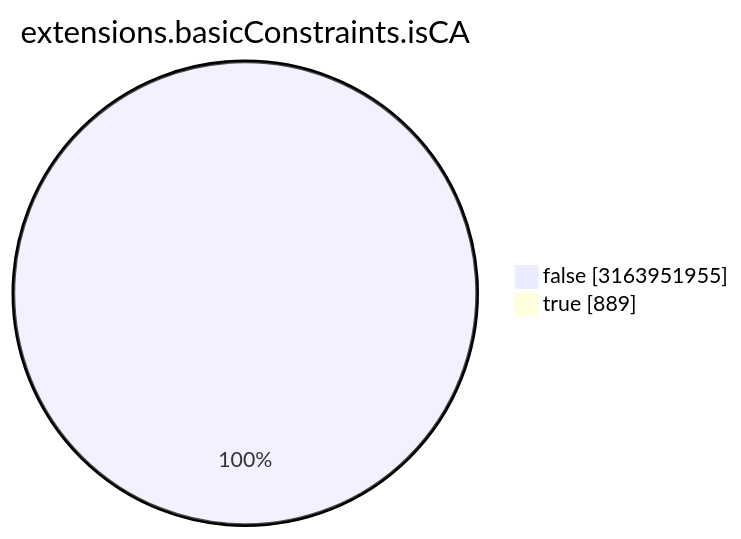
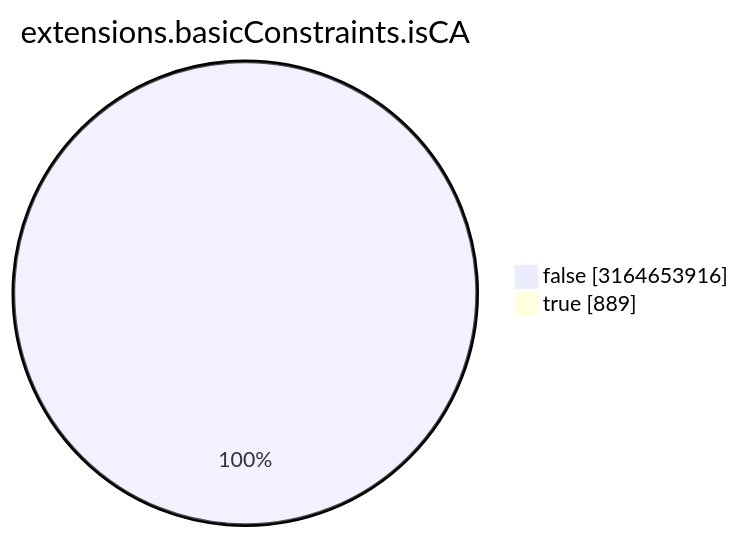
Before and after one commit to christiankrug/ctmonitor_visualization: the seventh of 15 diagrams in TOTAL/README.md, drawn with Mermaid. The commit also changed other lines of this file, not shown here.

````diff
--- a/TOTAL/README.md
+++ b/TOTAL/README.md
@@ -3088,6 +3088,6 @@
 ```mermaid
 pie showData
 title extensions.basicConstraints.isCA
-"false" :3163951955
+"false" :3164653916
 "true" :889
 ```
````
